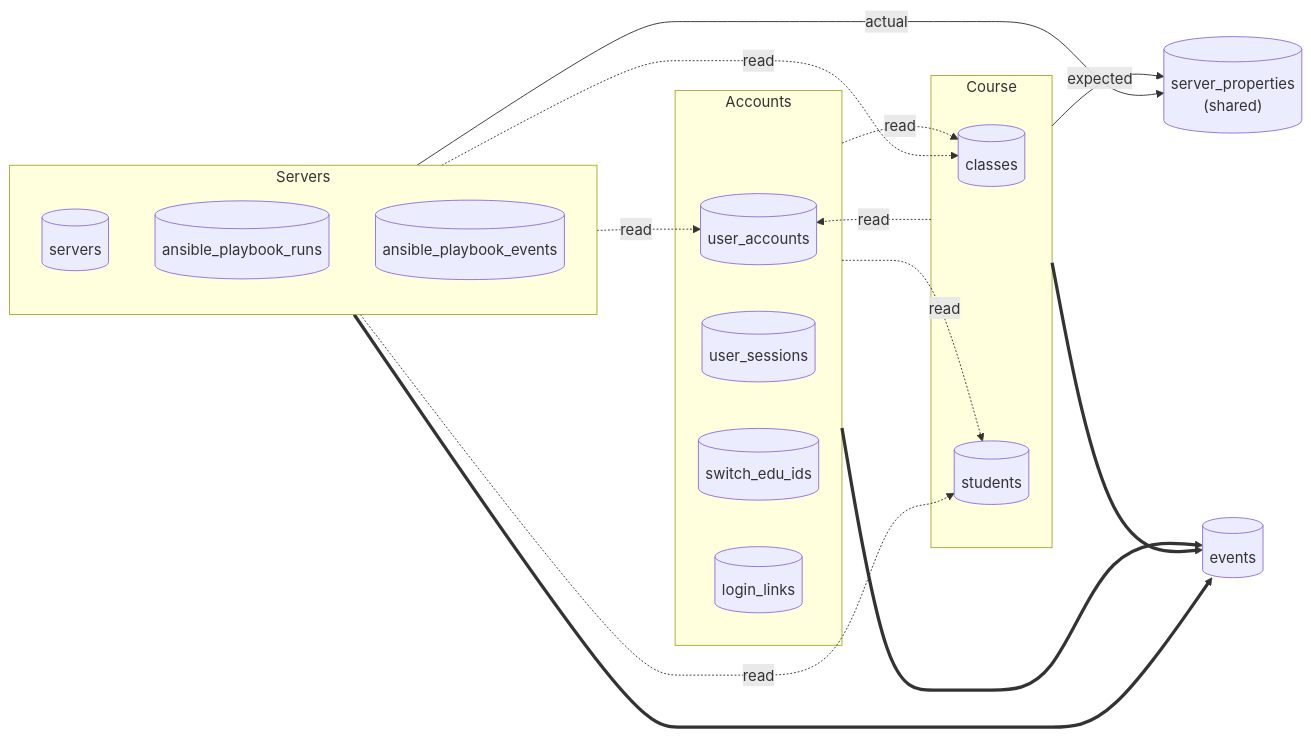
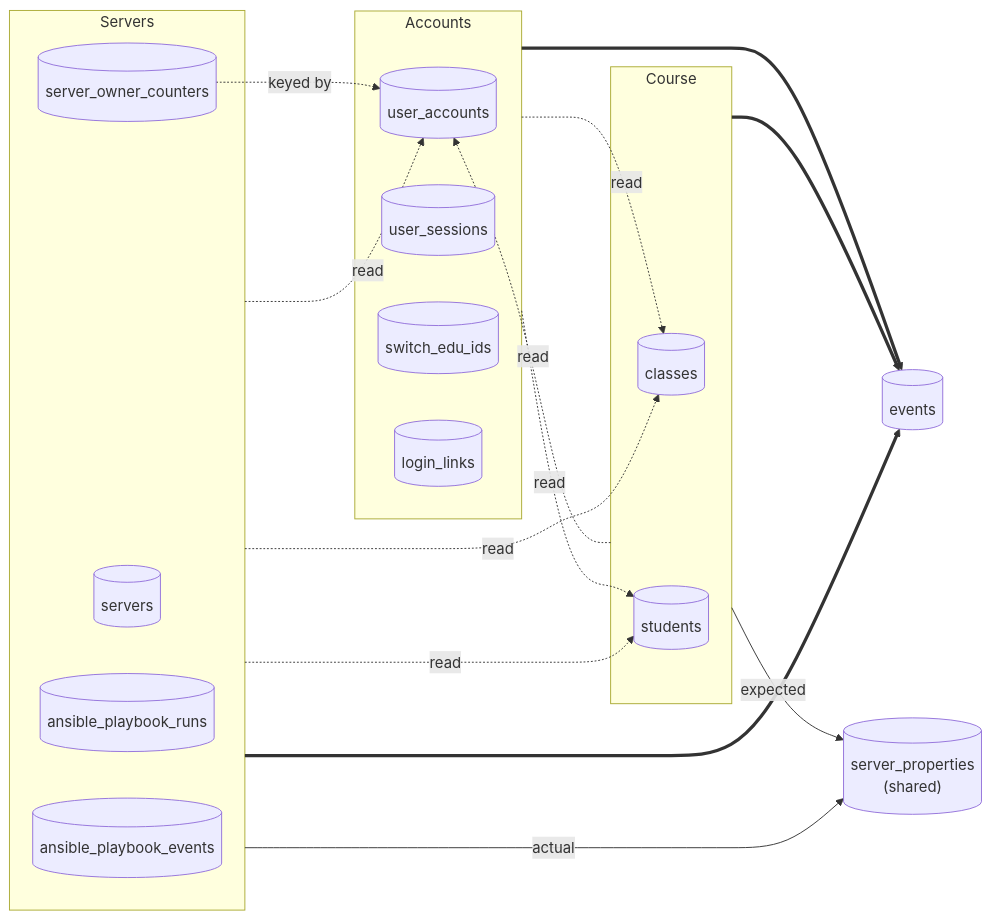
The second of 2 diagrams in app/CONTRIBUTING.md (ArchiDep/website), drawn with Mermaid before and after one commit. The commit also changed other lines of this file and 16 other files, not shown here.

````diff
--- a/app/CONTRIBUTING.md
+++ b/app/CONTRIBUTING.md
@@ -402,37 +405,39 @@
 ```mermaid
 flowchart LR
     subgraph accounts["Accounts"]
         ua[("user_accounts")]
         usess[("user_sessions")]
         seid[("switch_edu_ids")]
         ll[("login_links")]
     end
 
     subgraph course["Course"]
         cl[("classes")]
         st[("students")]
     end
 
     subgraph servers["Servers"]
         sv[("servers")]
+        soc[("server_owner_counters")]
         apr[("ansible_playbook_runs")]
         ape[("ansible_playbook_events")]
     end
 
     sp[("server_properties<br/>(shared)")]
     ev[("events")]
 
     course -. read .-> ua
     servers -. read .-> ua
+    soc -. keyed by .-> ua
     accounts -. read .-> cl
     accounts -. read .-> st
     servers -. read .-> cl
     servers -. read .-> st
 
     course -->|expected| sp
     servers -->|actual| sp
 
     accounts ==> ev
     course ==> ev
     servers ==> ev
 ```
````
